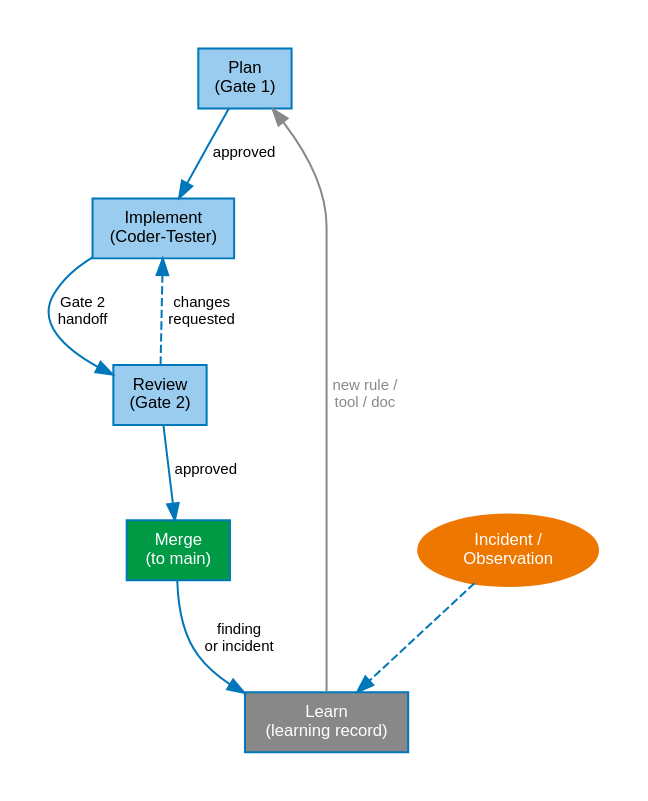
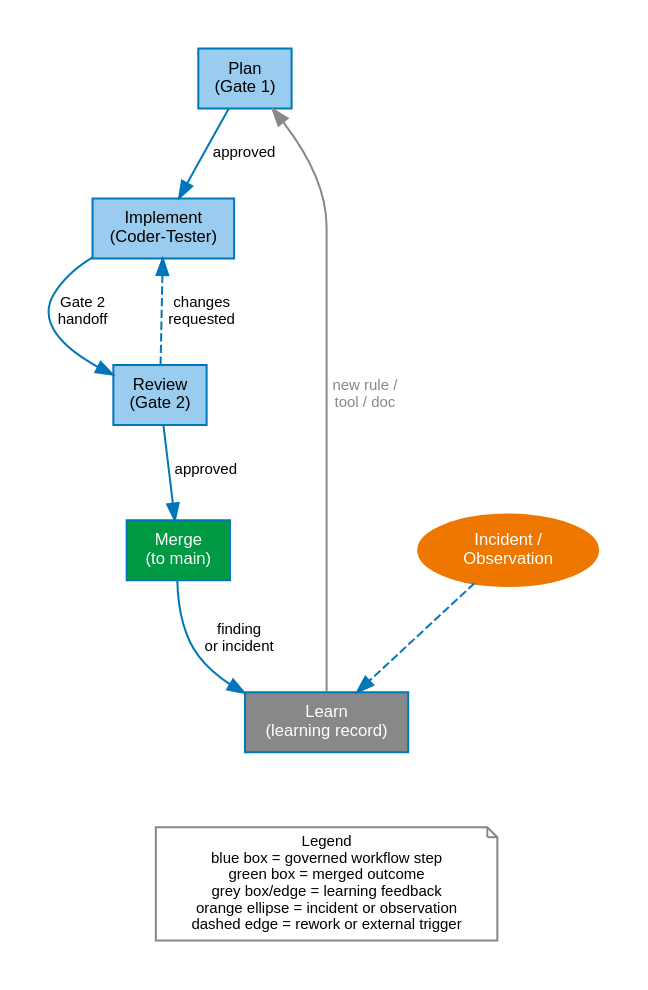
Before and after one commit to janipaijanen/agf-mirror: the diagram in agf/docs/figures/src/governance-loop.dot, drawn with Graphviz. The commit also changed 23 other files, not shown here.

```diff
--- a/agf/docs/figures/src/governance-loop.dot
+++ b/agf/docs/figures/src/governance-loop.dot
@@ -1,27 +1,31 @@
 // SPDX-License-Identifier: CC-BY-SA-4.0
 // agents-govern: self-applied governance loop
 // Generate: dot -Tsvg governance-loop.dot -o ../governance-loop.svg
 digraph governance_loop {
     graph [rankdir=TB, splines=spline, pad=0.3, nodesep=0.5, ranksep=0.6,
            fontname="Helvetica", fontsize=11]
     node  [fontname="Helvetica", fontsize=10, style=filled, shape=box,
            fillcolor="#99CCEE", color="#0077BB", penwidth=1.2]
     edge  [fontname="Helvetica", fontsize=9, color="#0077BB", penwidth=1.2]
 
     plan     [label="Plan\n(Gate 1)", fillcolor="#99CCEE"]
     implement [label="Implement\n(Coder-Tester)"]
     review   [label="Review\n(Gate 2)", fillcolor="#99CCEE"]
     merge    [label="Merge\n(to main)", fillcolor="#009944", fontcolor=white]
     learn    [label="Learn\n(learning record)", fillcolor="#888888", fontcolor=white]
     incident [label="Incident /\nObservation", shape=ellipse, fillcolor="#EE7700",
               fontcolor=white, color="#EE7700"]
 
     plan     -> implement [label="approved"]
     implement -> review   [label="Gate 2\nhandoff"]
     review   -> merge     [label="approved"]
     review   -> implement [label="changes\nrequested", style=dashed]
     merge    -> learn     [label="finding\nor incident"]
     incident -> learn     [style=dashed]
     learn    -> plan      [label="new rule /\ntool / doc", color="#888888",
                            fontcolor="#888888"]
+
+    legend [label="Legend\nblue box = governed workflow step\ngreen box = merged outcome\ngrey box/edge = learning feedback\norange ellipse = incident or observation\ndashed edge = rework or external trigger",
+            shape=note, fillcolor=white, color="#888888", fontsize=9]
+    learn -> legend [style=invis]
 }
```
